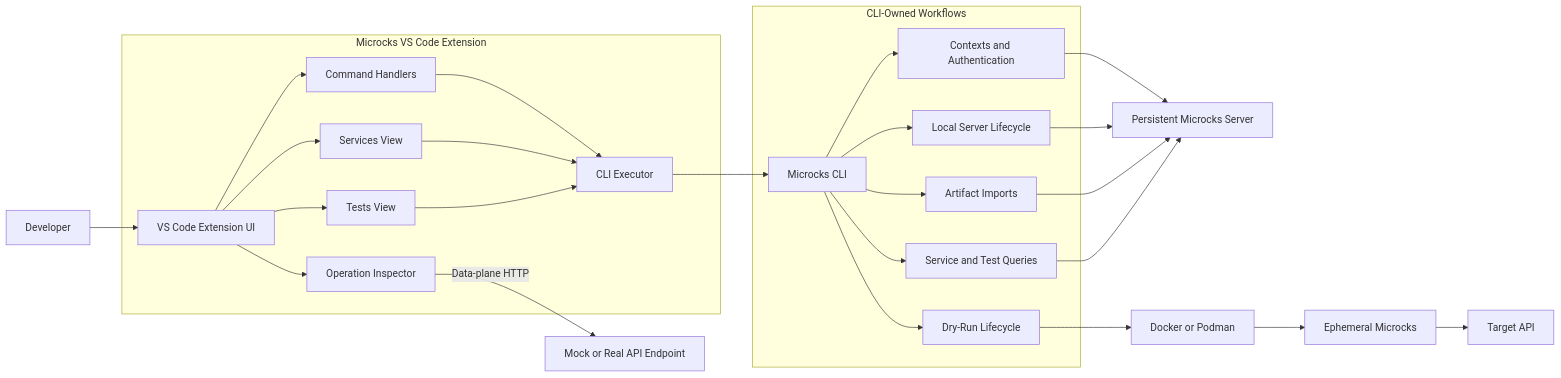
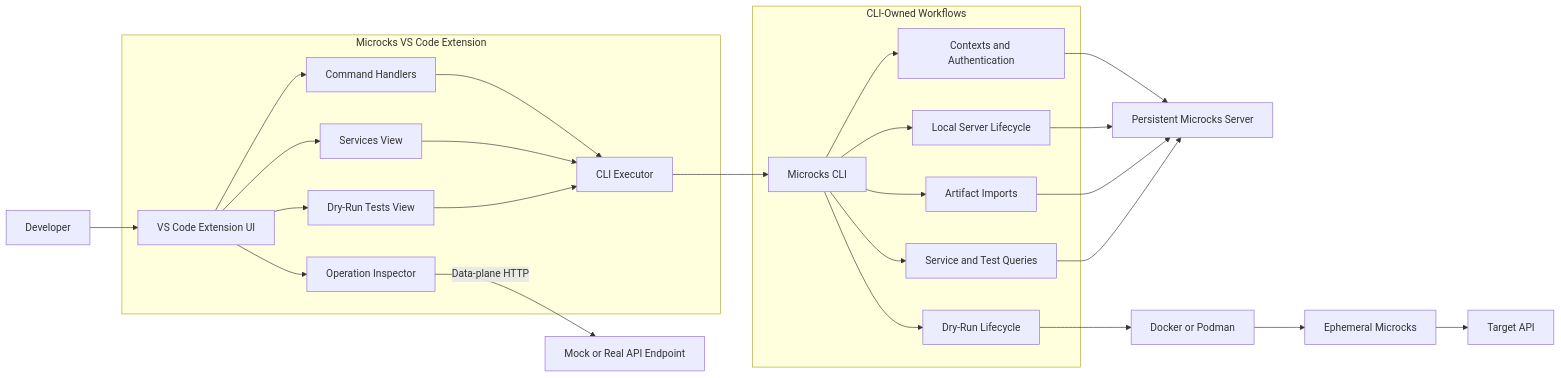
One commit to Caesarsage/microcks-vscode changed the first of 4 diagrams in docs/architecture.md. Above: the diagram before and after it, drawn with Mermaid. The commit also changed other lines of this file and 2 other files, not shown here.

````diff
--- a/docs/architecture.md
+++ b/docs/architecture.md
@@ -69,35 +69,35 @@
 ```mermaid
 flowchart LR
     User[Developer] --> UI[VS Code Extension UI]
 
     subgraph Extension[Microcks VS Code Extension]
         UI --> Commands[Command Handlers]
         UI --> ServicesView[Services View]
-        UI --> TestsView[Tests View]
+        UI --> TestsView[Dry-Run Tests View]
         UI --> Inspector[Operation Inspector]
         Commands --> Executor[CLI Executor]
         ServicesView --> Executor
         TestsView --> Executor
     end
 
     Executor --> CLI[Microcks CLI]
 
     subgraph CLIResponsibilities[CLI-Owned Workflows]
         CLI --> Contexts[Contexts and Authentication]
         CLI --> LocalStart[Local Server Lifecycle]
         CLI --> Imports[Artifact Imports]
         CLI --> Queries[Service and Test Queries]
         CLI --> DryRun[Dry-Run Lifecycle]
     end
 
     Contexts --> Server[Persistent Microcks Server]
     LocalStart --> Server
     Imports --> Server
     Queries --> Server
 
     DryRun --> Runtime[Docker or Podman]
     Runtime --> Ephemeral[Ephemeral Microcks]
     Ephemeral --> Target[Target API]
 
     Inspector -->|Data-plane HTTP| Endpoint[Mock or Real API Endpoint]
 ```
````
